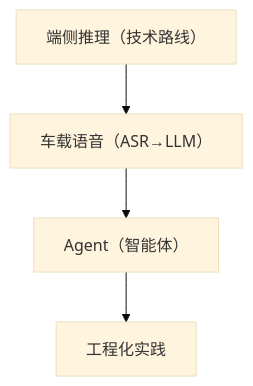
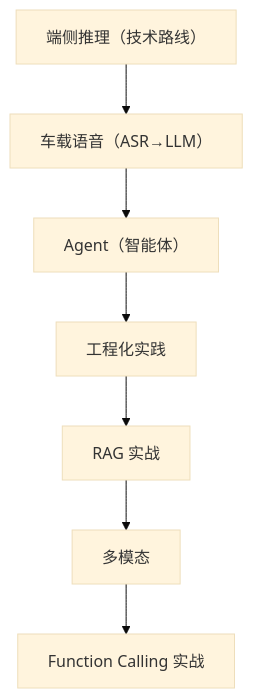
Before and after one commit to jason5200/jason5200.github.io: the diagram in series/ai.md, drawn with Mermaid (base theme). The commit also changed other lines of this file and 7 other files, not shown here.

Commit message:
feat: 新增 AI 上车 3 篇（RAG/多模态/Function Calling）

````diff
--- a/series/ai.md
+++ b/series/ai.md
@@ -9,6 +9,9 @@
 ```mermaid
 flowchart TB
     A["端侧推理（技术路线）"] --> B["车载语音（ASR→LLM）"]
     B --> C["Agent（智能体）"]
     C --> D["工程化实践"]
+    D --> E["RAG 实战"]
+    E --> F["多模态"]
+    F --> G["Function Calling 实战"]
 ```
````
